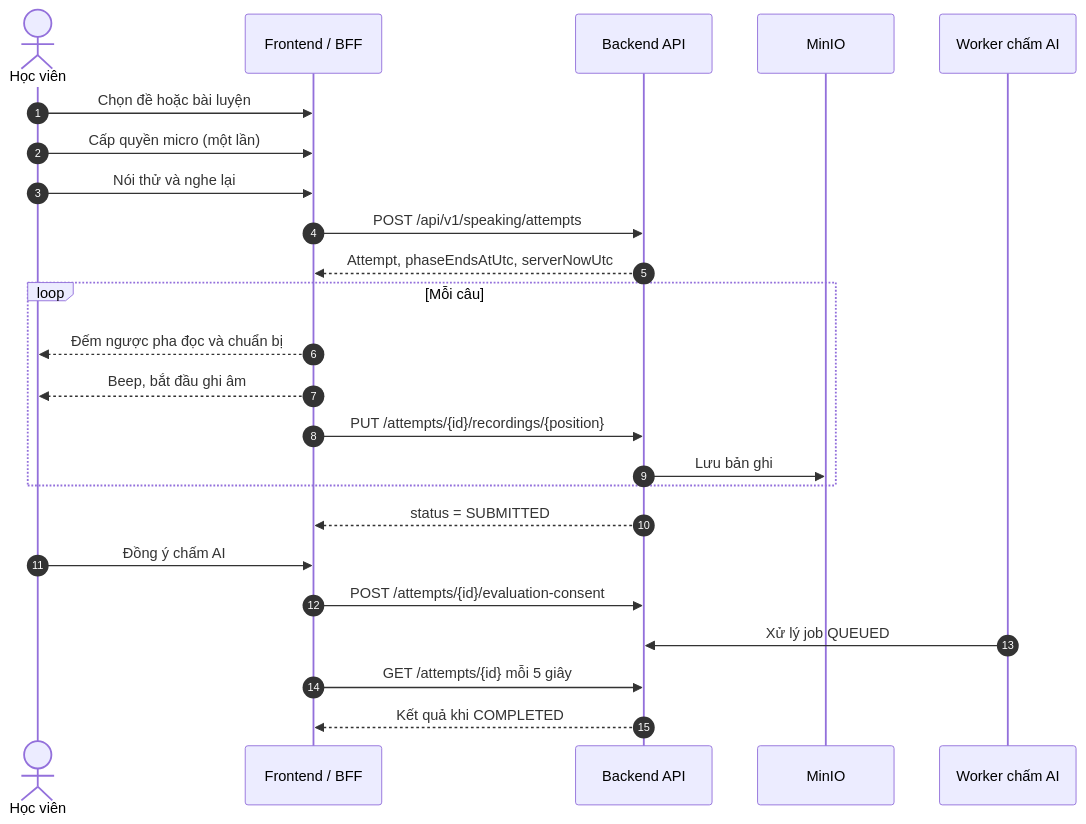
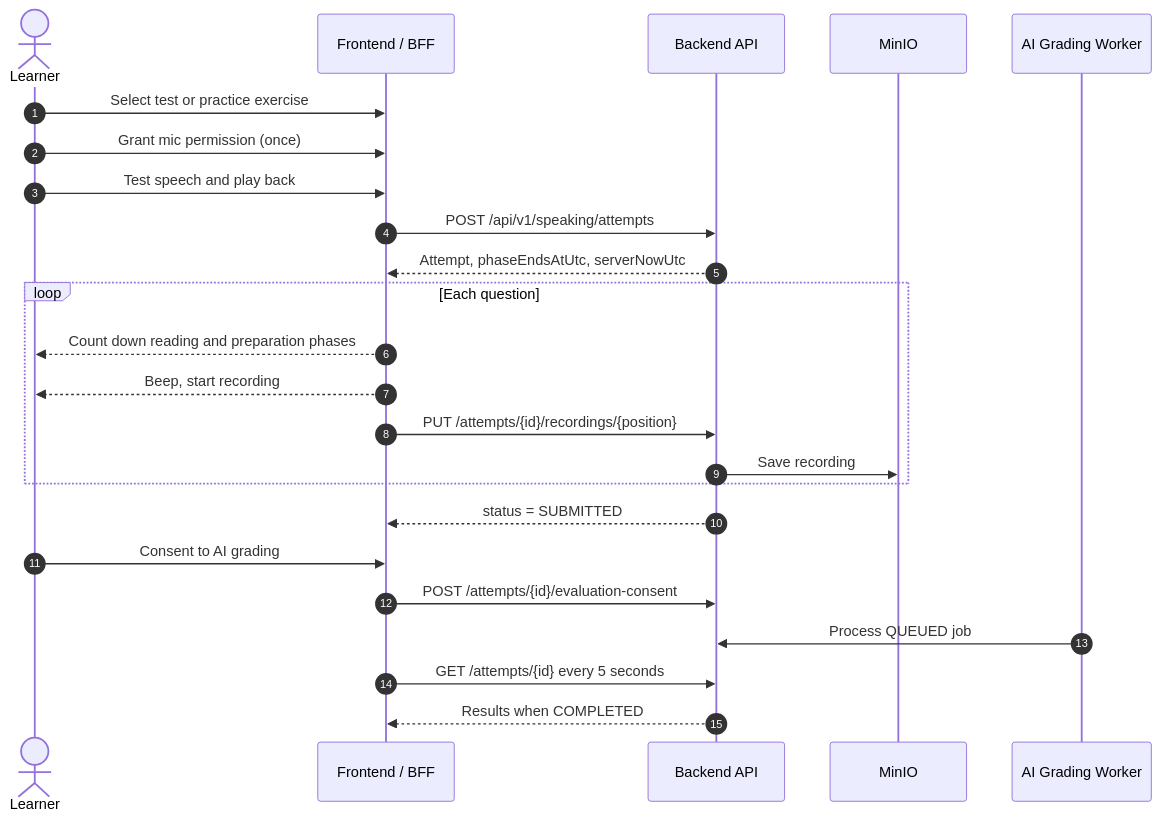
Before and after one commit to karasuma-2401/TOEICMaster-BE: the diagram in docs/features/speaking/spec.md, drawn with Mermaid. The commit also changed other lines of this file and 168 other files, not shown here.

````diff
--- a/docs/features/speaking/spec.md
+++ b/docs/features/speaking/spec.md
@@ -87,27 +91,27 @@
 ```mermaid
 sequenceDiagram
     autonumber
-    actor User as Học viên
+    actor User as Learner
     participant FE as Frontend / BFF
     participant API as Backend API
     participant S3 as MinIO
-    participant Worker as Worker chấm AI
+    participant Worker as AI Grading Worker
 
-    User->>FE: Chọn đề hoặc bài luyện
-    User->>FE: Cấp quyền micro (một lần)
-    User->>FE: Nói thử và nghe lại
+    User->>FE: Select test or practice exercise
+    User->>FE: Grant mic permission (once)
+    User->>FE: Test speech and play back
     FE->>API: POST /api/v1/speaking/attempts
     API-->>FE: Attempt, phaseEndsAtUtc, serverNowUtc
-    loop Mỗi câu
-        FE-->>User: Đếm ngược pha đọc và chuẩn bị
-        FE-->>User: Beep, bắt đầu ghi âm
+    loop Each question
+        FE-->>User: Count down reading and preparation phases
+        FE-->>User: Beep, start recording
         FE->>API: PUT /attempts/{id}/recordings/{position}
-        API->>S3: Lưu bản ghi
+        API->>S3: Save recording
     end
     API-->>FE: status = SUBMITTED
-    User->>FE: Đồng ý chấm AI
+    User->>FE: Consent to AI grading
     FE->>API: POST /attempts/{id}/evaluation-consent
-    Worker->>API: Xử lý job QUEUED
-    FE->>API: GET /attempts/{id} mỗi 5 giây
-    API-->>FE: Kết quả khi COMPLETED
+    Worker->>API: Process QUEUED job
+    FE->>API: GET /attempts/{id} every 5 seconds
+    API-->>FE: Results when COMPLETED
 ```
````
